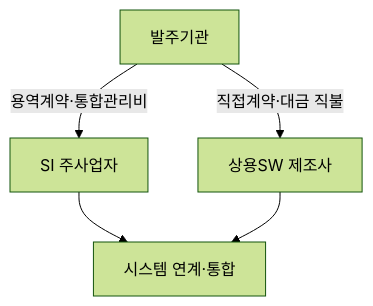
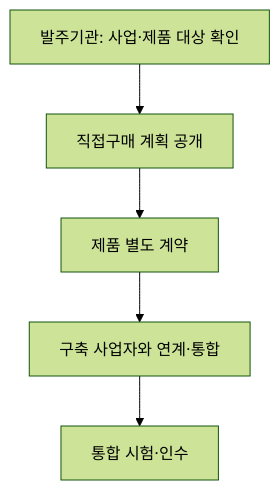
One commit to agnusdei1207/study changed the first of 2 diagrams in src/content/docs/notes/itpe/02-software-engineering/101_commercial_sw_direct_purchase.md. Above: the diagram before and after it, drawn with Mermaid (forest theme). The commit also changed other lines of this file and 31 other files, not shown here.

````diff
--- a/src/content/docs/notes/itpe/02-software-engineering/101_commercial_sw_direct_purchase.md
+++ b/src/content/docs/notes/itpe/02-software-engineering/101_commercial_sw_direct_purchase.md
@@ -38,7 +53,7 @@
 ```mermaid
-flowchart TB
-    G["발주기관"] -->|용역계약·통합관리비| S["SI 주사업자"]
-    G -->|직접계약·대금 직불| V["상용SW 제조사"]
-    S --> I["시스템 연계·통합"]
-    V --> I
+flowchart TD
+    A["발주기관: 사업·제품 대상 확인"] --> B["직접구매 계획 공개"]
+    B --> C["제품 별도 계약"]
+    C --> D["구축 사업자와 연계·통합"]
+    D --> E["통합 시험·인수"]
 ```
````
